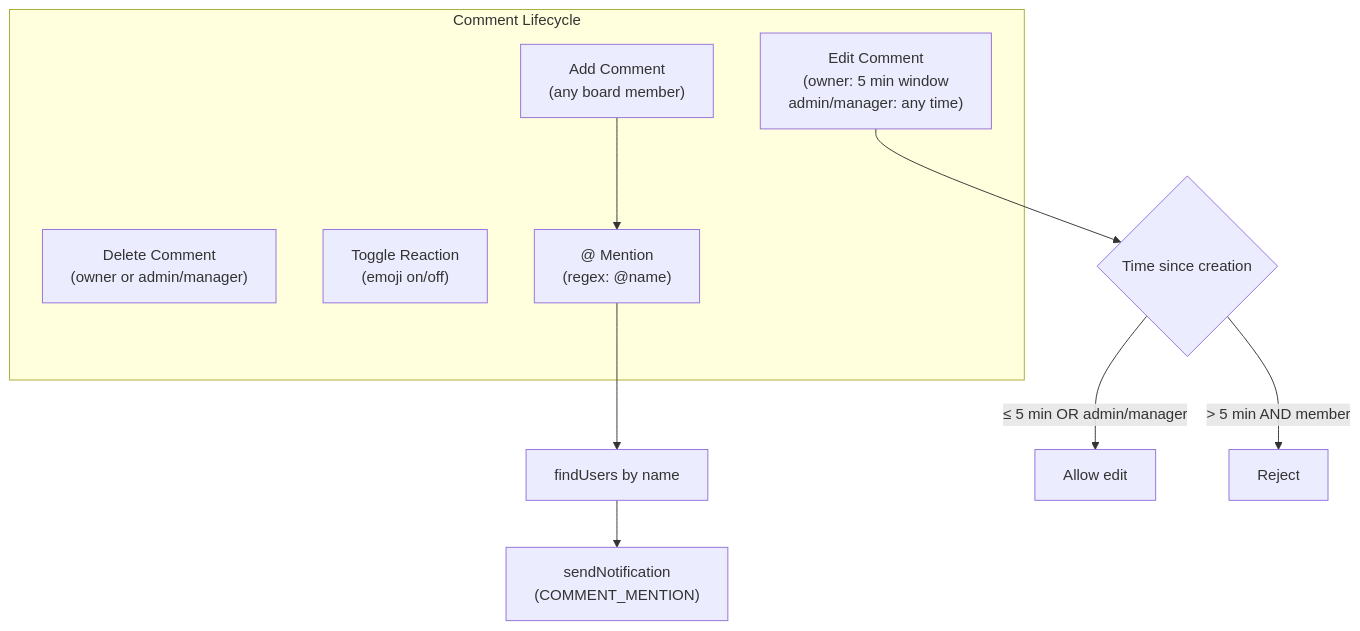
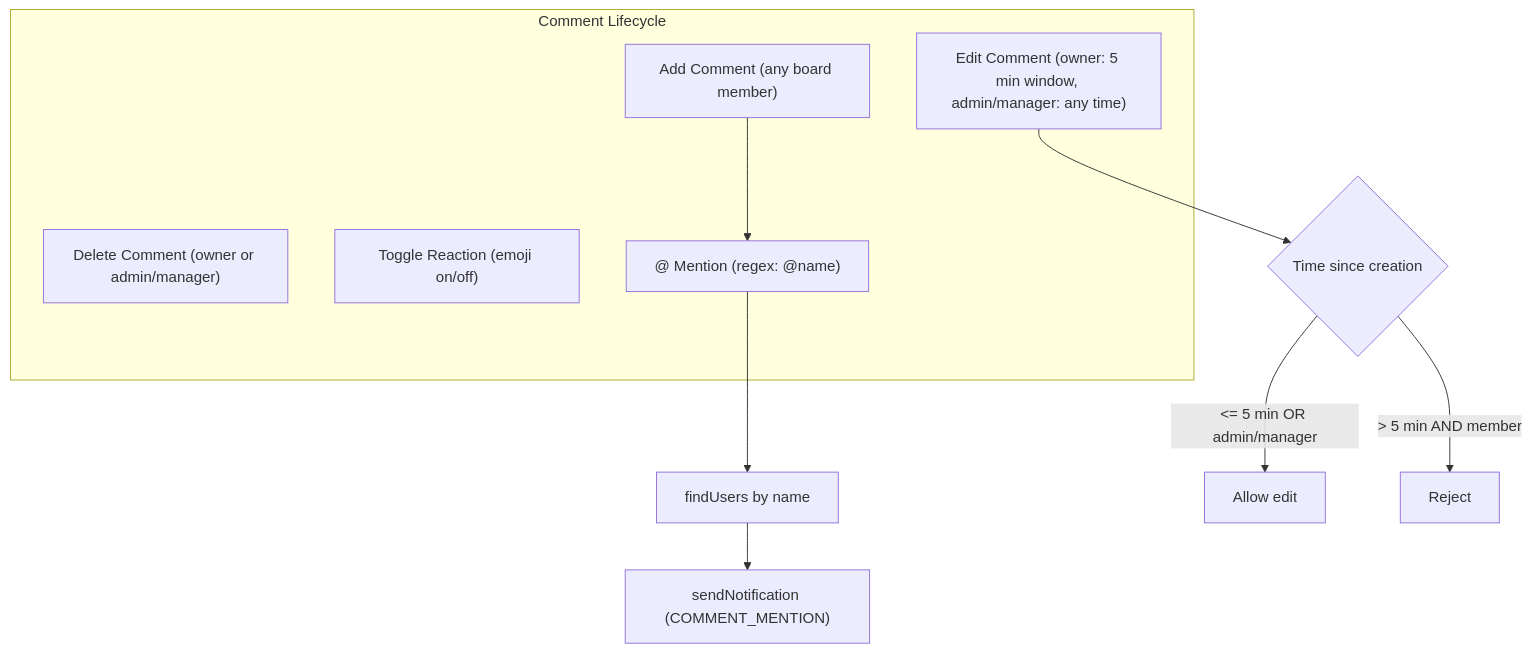
One commit to asefahmed500/Smart-Task-App_IIT_DU_Final_Project changed the fifth of 10 diagrams in docs/05-task-management.md. Above: the diagram before and after it, drawn with Mermaid. The commit also changed other lines of this file and 8 other files, not shown here.

Commit message:
fix: remove br tags from mermaid diagrams for GitHub rendering

````diff
--- a/docs/05-task-management.md
+++ b/docs/05-task-management.md
@@ -242,18 +242,18 @@
 ```mermaid
 flowchart TD
     subgraph "Comment Lifecycle"
-        ADD["Add Comment<br/>(any board member)"]
-        EDIT["Edit Comment<br/>(owner: 5 min window<br/>admin/manager: any time)"]
-        DELETE["Delete Comment<br/>(owner or admin/manager)"]
-        REACT["Toggle Reaction<br/>(emoji on/off)"]
-        MENTION["@ Mention<br/>(regex: @name)"]
+        ADD["Add Comment (any board member)"]
+        EDIT["Edit Comment (owner: 5 min window, admin/manager: any time)"]
+        DELETE["Delete Comment (owner or admin/manager)"]
+        REACT["Toggle Reaction (emoji on/off)"]
+        MENTION["@ Mention (regex: @name)"]
     end
 
     ADD --> MENTION
     MENTION --> FIND_USERS["findUsers by name"]
-    FIND_USERS --> SEND_NOTIF["sendNotification<br/>(COMMENT_MENTION)"]
+    FIND_USERS --> SEND_NOTIF["sendNotification (COMMENT_MENTION)"]
 
     EDIT --> TIME_CHECK{"Time since creation"}
-    TIME_CHECK -->|"≤ 5 min OR admin/manager"| ALLOW["Allow edit"]
+    TIME_CHECK -->|"<= 5 min OR admin/manager"| ALLOW["Allow edit"]
     TIME_CHECK -->|"> 5 min AND member"| REJECT["Reject"]
 ```
````
